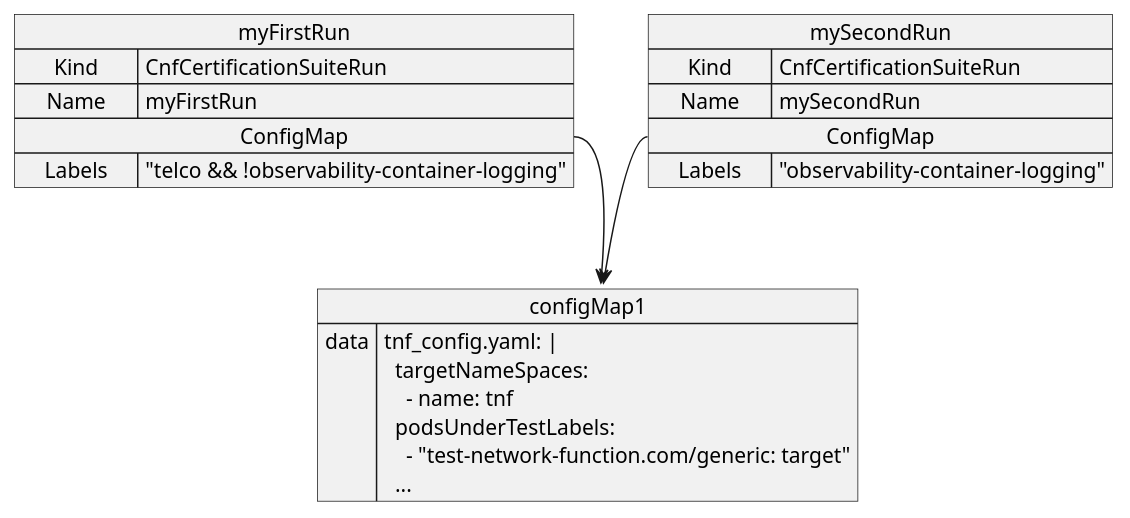
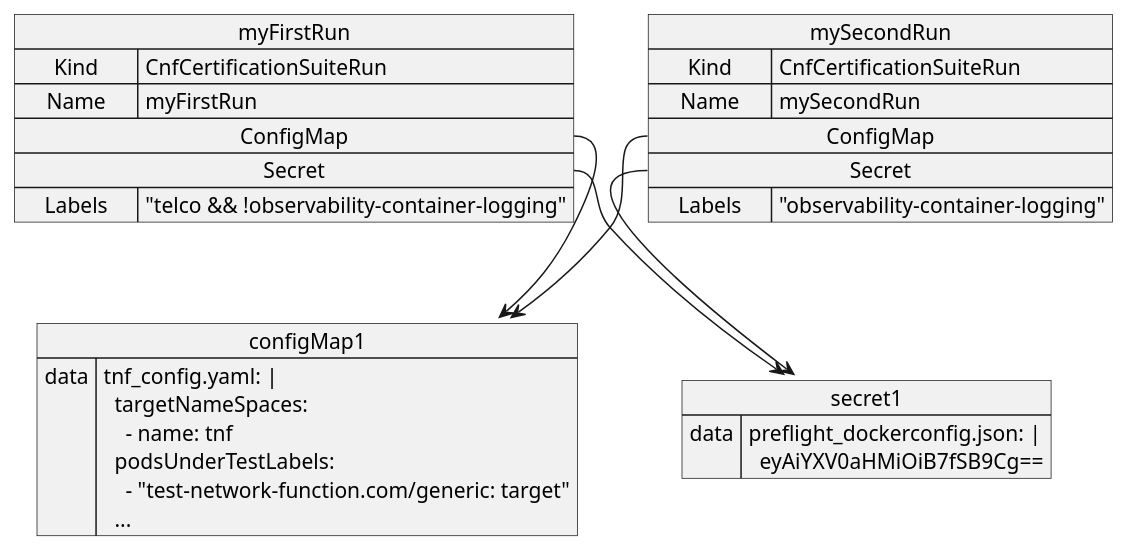
One commit to test-network-function/cnf-certsuite-operator changed the diagram in doc/uml/run_config.puml. Above: the diagram before and after it, drawn with PlantUML. The commit also changed 5 other files, not shown here.

First line of the commit message:
updated UML's (#1)

```diff
--- a/doc/uml/run_config.puml
+++ b/doc/uml/run_config.puml
@@ -1,28 +1,34 @@
 @startuml "Run Config"
 
 map configMap1 {
 data => tnf_config.yaml: |\n\
   targetNameSpaces:\n\
     - name: tnf\n\
   podsUnderTestLabels:\n\
     - "test-network-function.com/generic: target"\n\
   ...
 }
 
+map secret1 {
+data => preflight_dockerconfig.json: |\n\
+  eyAiYXV0aHMiOiB7fSB9Cg==
+}
 
 map myFirstRun {
 Kind => CnfCertificationSuiteRun
 Name => myFirstRun
 
 ConfigMap *--> configMap1
+Secret *--> secret1
 Labels => "telco && !observability-container-logging"
 }
 
 map mySecondRun {
 Kind => CnfCertificationSuiteRun
 Name => mySecondRun
 
 ConfigMap *--> configMap1
+Secret *--> secret1
 Labels => "observability-container-logging"
 }
 @enduml
```
